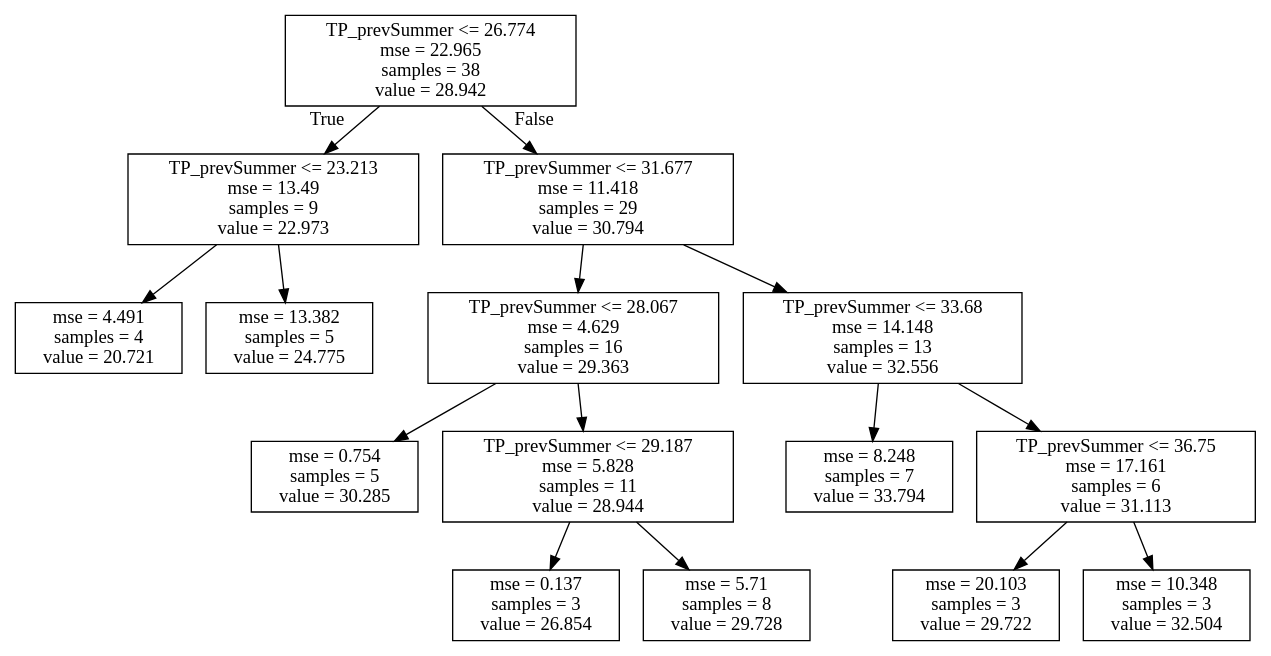
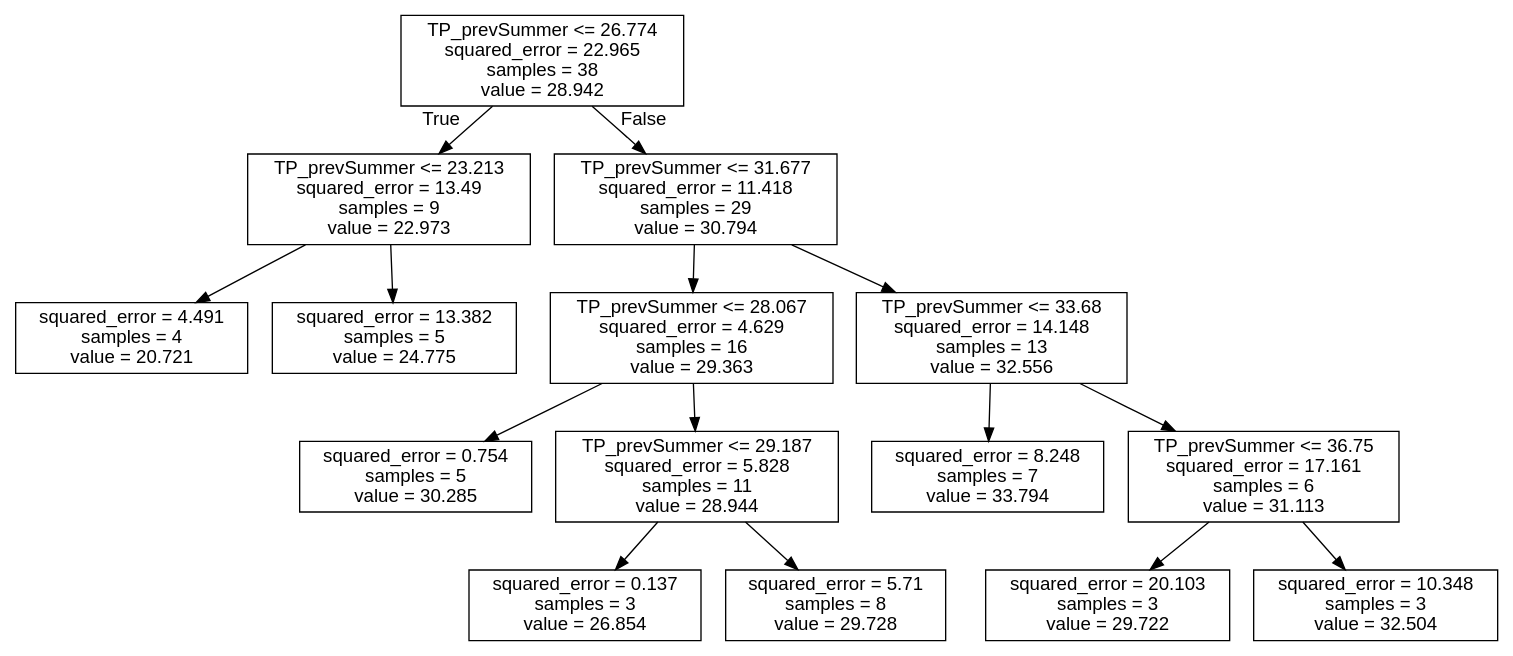
Before and after one commit to NIVANorge/seasonal_forecasting_watexr: the diagram in Norway_Morsa/BayesianNetwork/Figures/Discretization_regTrees/Pairwise/DotFiles/metno_6Mseasons_TP-TP_prevSummer.dot, drawn with Graphviz. The commit also changed 113 other files, not shown here.

```diff
--- a/Norway_Morsa/BayesianNetwork/Figures/Discretization_regTrees/Pairwise/DotFiles/metno_6Mseasons_TP-TP_prevSummer.dot
+++ b/Norway_Morsa/BayesianNetwork/Figures/Discretization_regTrees/Pairwise/DotFiles/metno_6Mseasons_TP-TP_prevSummer.dot
@@ -1,32 +1,33 @@
 digraph Tree {
-node [shape=box] ;
-0 [label="TP_prevSummer <= 26.774\nmse = 22.965\nsamples = 38\nvalue = 28.942"] ;
-1 [label="TP_prevSummer <= 23.213\nmse = 13.49\nsamples = 9\nvalue = 22.973"] ;
+node [shape=box, fontname="helvetica"] ;
+edge [fontname="helvetica"] ;
+0 [label="TP_prevSummer <= 26.774\nsquared_error = 22.965\nsamples = 38\nvalue = 28.942"] ;
+1 [label="TP_prevSummer <= 23.213\nsquared_error = 13.49\nsamples = 9\nvalue = 22.973"] ;
 0 -> 1 [labeldistance=2.5, labelangle=45, headlabel="True"] ;
-5 [label="mse = 4.491\nsamples = 4\nvalue = 20.721"] ;
+5 [label="squared_error = 4.491\nsamples = 4\nvalue = 20.721"] ;
 1 -> 5 ;
-6 [label="mse = 13.382\nsamples = 5\nvalue = 24.775"] ;
+6 [label="squared_error = 13.382\nsamples = 5\nvalue = 24.775"] ;
 1 -> 6 ;
-2 [label="TP_prevSummer <= 31.677\nmse = 11.418\nsamples = 29\nvalue = 30.794"] ;
+2 [label="TP_prevSummer <= 31.677\nsquared_error = 11.418\nsamples = 29\nvalue = 30.794"] ;
 0 -> 2 [labeldistance=2.5, labelangle=-45, headlabel="False"] ;
-3 [label="TP_prevSummer <= 28.067\nmse = 4.629\nsamples = 16\nvalue = 29.363"] ;
+3 [label="TP_prevSummer <= 28.067\nsquared_error = 4.629\nsamples = 16\nvalue = 29.363"] ;
 2 -> 3 ;
-11 [label="mse = 0.754\nsamples = 5\nvalue = 30.285"] ;
+11 [label="squared_error = 0.754\nsamples = 5\nvalue = 30.285"] ;
 3 -> 11 ;
-12 [label="TP_prevSummer <= 29.187\nmse = 5.828\nsamples = 11\nvalue = 28.944"] ;
+12 [label="TP_prevSummer <= 29.187\nsquared_error = 5.828\nsamples = 11\nvalue = 28.944"] ;
 3 -> 12 ;
-13 [label="mse = 0.137\nsamples = 3\nvalue = 26.854"] ;
+13 [label="squared_error = 0.137\nsamples = 3\nvalue = 26.854"] ;
 12 -> 13 ;
-14 [label="mse = 5.71\nsamples = 8\nvalue = 29.728"] ;
+14 [label="squared_error = 5.71\nsamples = 8\nvalue = 29.728"] ;
 12 -> 14 ;
-4 [label="TP_prevSummer <= 33.68\nmse = 14.148\nsamples = 13\nvalue = 32.556"] ;
+4 [label="TP_prevSummer <= 33.68\nsquared_error = 14.148\nsamples = 13\nvalue = 32.556"] ;
 2 -> 4 ;
-7 [label="mse = 8.248\nsamples = 7\nvalue = 33.794"] ;
+7 [label="squared_error = 8.248\nsamples = 7\nvalue = 33.794"] ;
 4 -> 7 ;
-8 [label="TP_prevSummer <= 36.75\nmse = 17.161\nsamples = 6\nvalue = 31.113"] ;
+8 [label="TP_prevSummer <= 36.75\nsquared_error = 17.161\nsamples = 6\nvalue = 31.113"] ;
 4 -> 8 ;
-9 [label="mse = 20.103\nsamples = 3\nvalue = 29.722"] ;
+9 [label="squared_error = 20.103\nsamples = 3\nvalue = 29.722"] ;
 8 -> 9 ;
-10 [label="mse = 10.348\nsamples = 3\nvalue = 32.504"] ;
+10 [label="squared_error = 10.348\nsamples = 3\nvalue = 32.504"] ;
 8 -> 10 ;
 }
```
